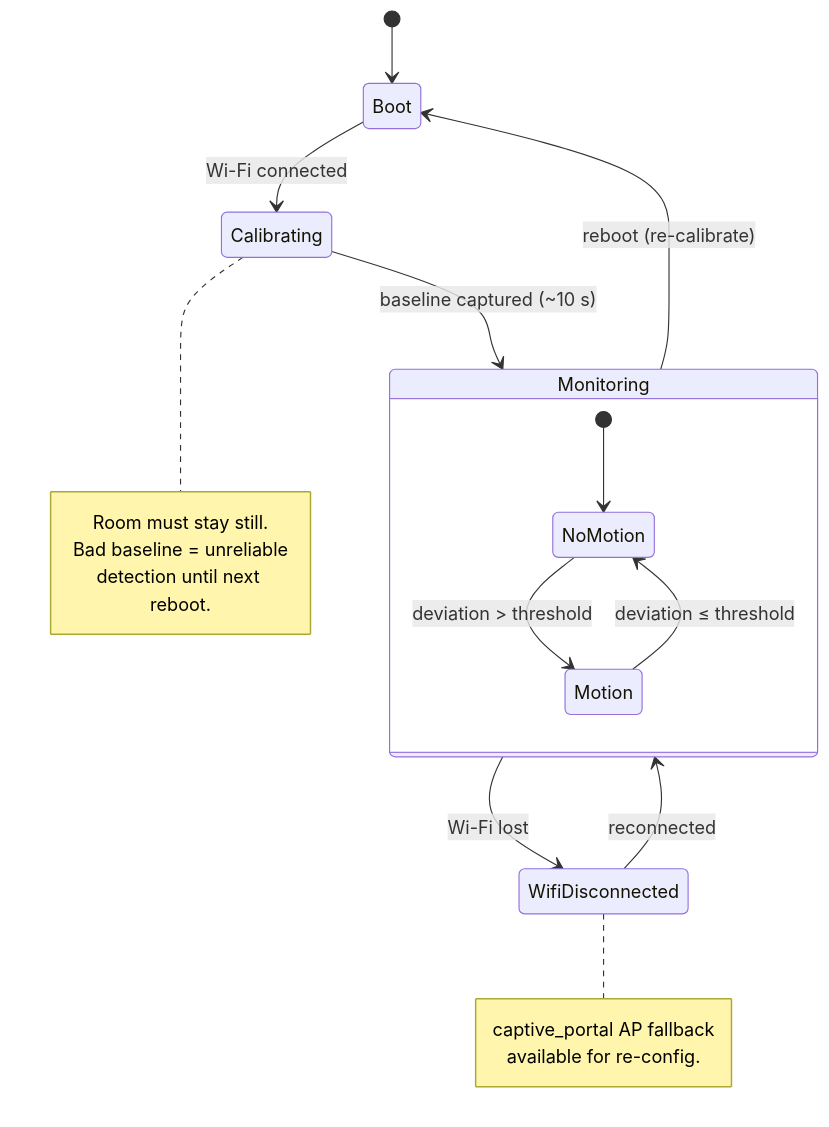
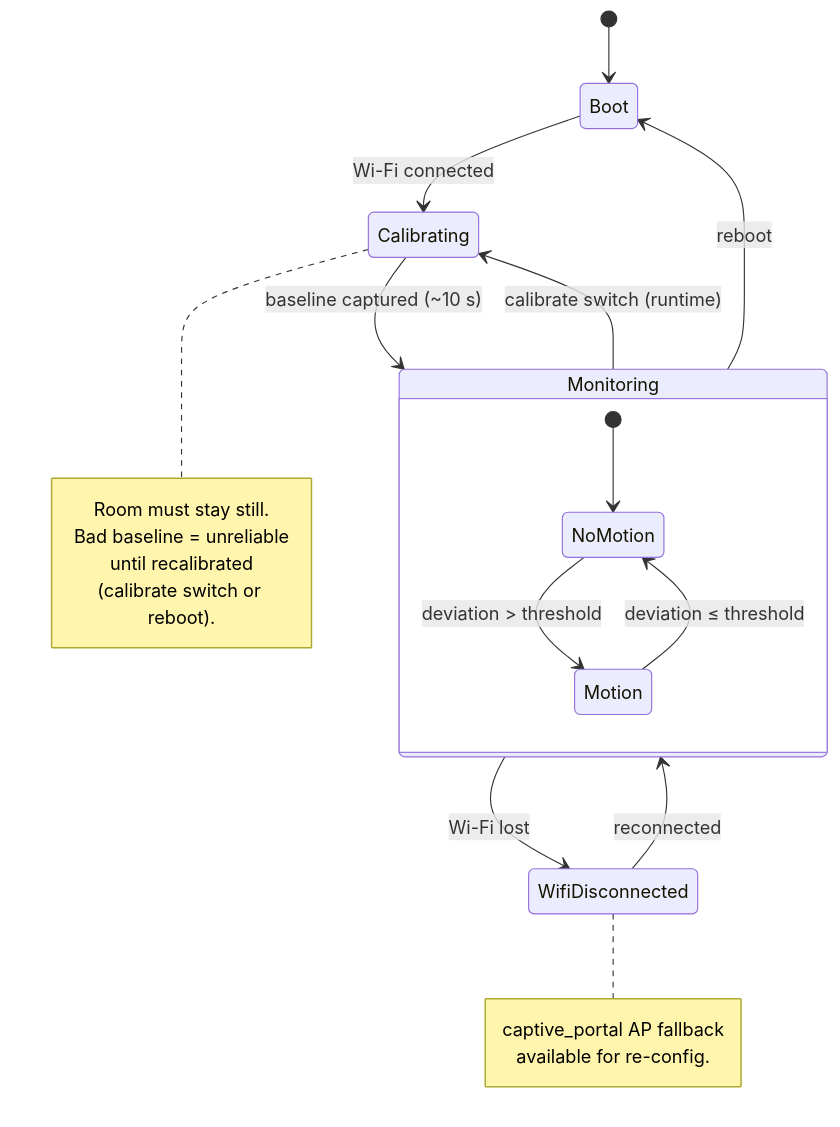
One commit to benoit-bremaud/espectre-lab changed the diagram in docs/architecture/diagrams/wifi-sensing/05-state-motion.md. Above: the diagram before and after it, drawn with Mermaid. The commit also changed other lines of this file and 8 other files, not shown here.

First line of the commit message:
docs(uml): document the movement_sensor 0-10 score (closes #2) (#4)

````diff
--- a/docs/architecture/diagrams/wifi-sensing/05-state-motion.md
+++ b/docs/architecture/diagrams/wifi-sensing/05-state-motion.md
@@ -8,26 +8,28 @@
 ```mermaid
 stateDiagram-v2
     [*] --> Boot
     Boot --> Calibrating : Wi-Fi connected
     Calibrating --> Monitoring : baseline captured (~10 s)
 
     state Monitoring {
         [*] --> NoMotion
         NoMotion --> Motion : deviation > threshold
         Motion --> NoMotion : deviation ≤ threshold
     }
 
     Monitoring --> WifiDisconnected : Wi-Fi lost
     WifiDisconnected --> Monitoring : reconnected
-    Monitoring --> Boot : reboot (re-calibrate)
+    Monitoring --> Calibrating : calibrate switch (runtime)
+    Monitoring --> Boot : reboot
 
     note right of Calibrating
         Room must stay still.
         Bad baseline = unreliable
-        detection until next reboot.
+        until recalibrated
+        (calibrate switch or reboot).
     end note
     note right of WifiDisconnected
         captive_portal AP fallback
         available for re-config.
     end note
 ```
````
